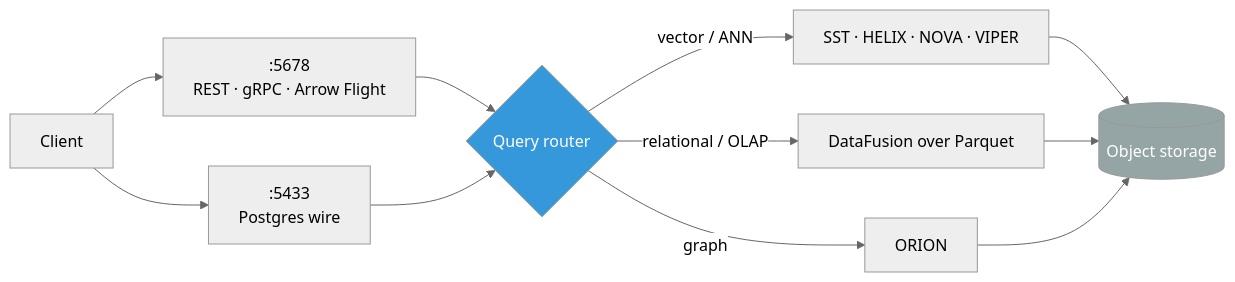
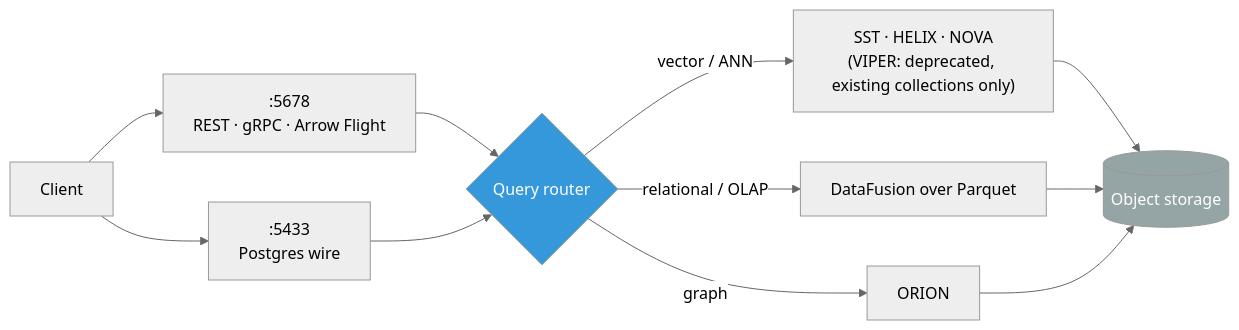
One commit to anvai-labs/proximaDB changed the diagram in docs/index.md. Above: the diagram before and after it, drawn with Mermaid. The commit also changed 404 other files, not shown here.

````diff
--- a/docs/index.md
+++ b/docs/index.md
@@ -5,16 +5,16 @@
 ```mermaid
 %%{init: {"theme": "neutral"}}%%
 flowchart LR
   C[Client] --> P[":5678<br/>REST · gRPC · Arrow Flight"]
   C --> Q[":5433<br/>Postgres wire"]
   P --> R{Query router}
   Q --> R
-  R -->|vector / ANN| V[SST · HELIX · NOVA · VIPER]
+  R -->|vector / ANN| V["SST · HELIX · NOVA<br/>(VIPER: deprecated, existing collections only)"]
   R -->|relational / OLAP| D[DataFusion over Parquet]
   R -->|graph| G[ORION]
   V --> S[(Object storage)]
   D --> S
   G --> S
   style R fill:#3498db,color:#fff
   style S fill:#95a5a6,color:#fff
 ```
````
